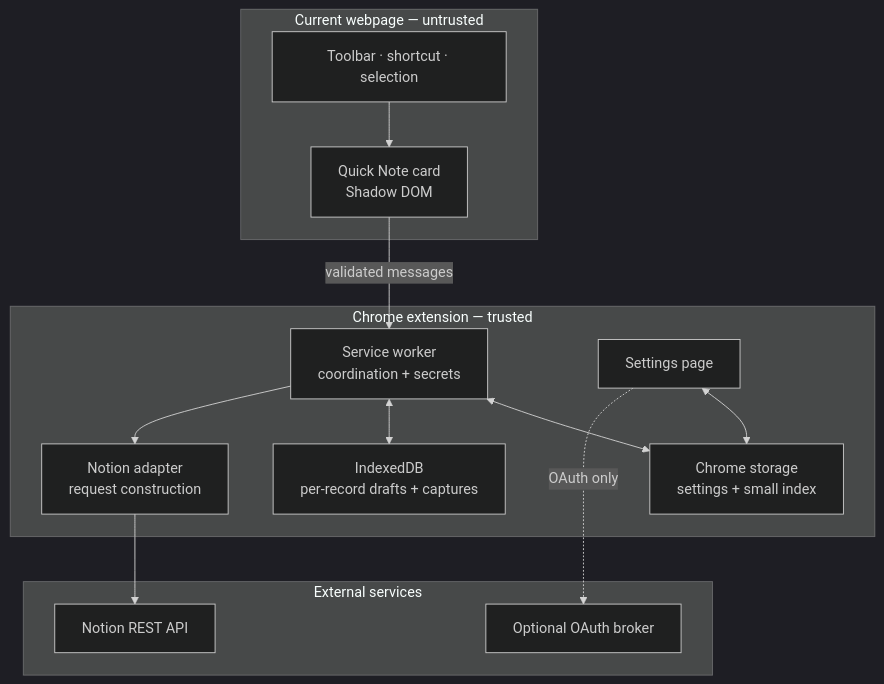
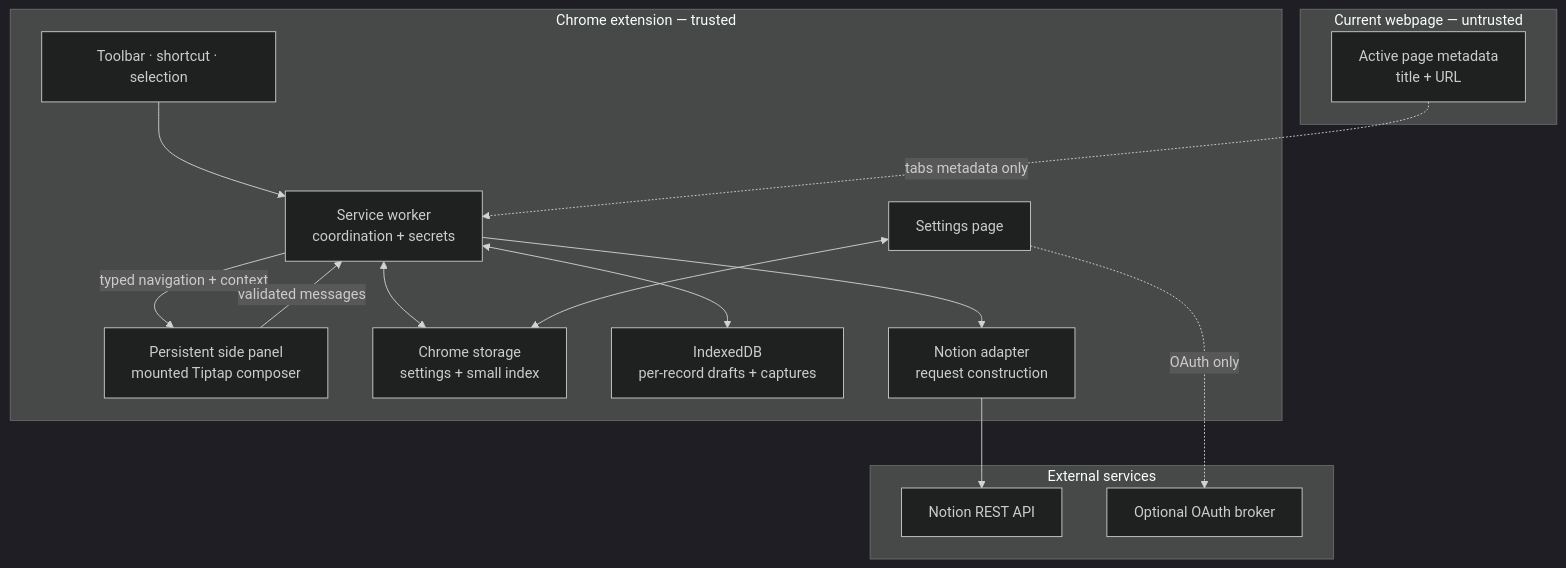
One commit to fantomsuj/notion-quick-note changed the second of 10 diagrams in docs/VISUAL_GUIDE.md. Above: the diagram before and after it, drawn with Mermaid (dark theme). The commit also changed other lines of this file and 71 other files, not shown here.

Commit message:
feat: finalize persistent quick note composer

````diff
--- a/docs/VISUAL_GUIDE.md
+++ b/docs/VISUAL_GUIDE.md
@@ -23,28 +23,31 @@
 ```mermaid
 flowchart TD
   subgraph Page["Current webpage — untrusted"]
-    Trigger["Toolbar · shortcut · selection"]
-    Card["Quick Note card\nShadow DOM"]
+    Context["Active page metadata\ntitle + URL"]
   end
 
   subgraph Extension["Chrome extension — trusted"]
+    Trigger["Toolbar · shortcut · selection"]
+    Panel["Persistent side panel\nmounted Tiptap composer"]
     Worker["Service worker\ncoordination + secrets"]
     Store["Chrome storage\nsettings + small index"]
     CaptureDB["IndexedDB\nper-record drafts + captures"]
     Adapter["Notion adapter\nrequest construction"]
     Settings["Settings page"]
   end
 
   subgraph External["External services"]
     Notion["Notion REST API"]
     Broker["Optional OAuth broker"]
   end
 
-  Trigger --> Card
-  Card -->|"validated messages"| Worker
+  Trigger --> Worker
+  Worker -->|"typed navigation + context"| Panel
+  Panel -->|"validated messages"| Worker
+  Context -. "tabs metadata only" .-> Worker
   Worker <--> Store
   Worker <--> CaptureDB
   Settings <--> Store
   Settings -. "OAuth only" .-> Broker
   Worker --> Adapter --> Notion
 ```
````
